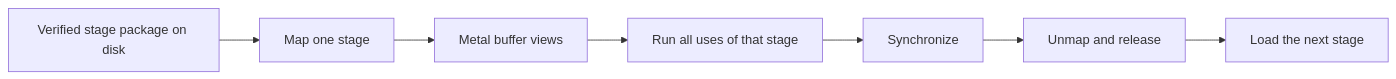
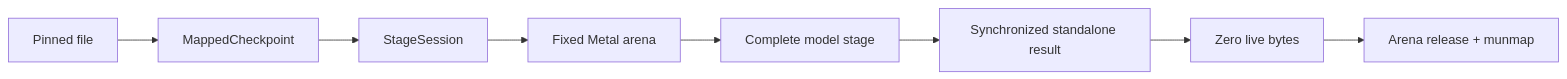
The diagram in docs/NATIVE_TRELLIS2_ARCHITECTURE.md (BedirT/KernelGoblin), drawn with Mermaid before and after one commit. The commit also changed other lines of this file and 3 other files, not shown here.

````diff
--- a/docs/NATIVE_TRELLIS2_ARCHITECTURE.md
+++ b/docs/NATIVE_TRELLIS2_ARCHITECTURE.md
@@ -65,9 +85,10 @@
 ```mermaid
 flowchart LR
-    A["Verified stage package on disk"] --> B["Map one stage"]
-    B --> C["Metal buffer views"]
-    C --> D["Run all uses of that stage"]
-    D --> E["Synchronize"]
-    E --> F["Unmap and release"]
-    F --> G["Load the next stage"]
+    A["Pinned file"] --> B["MappedCheckpoint"]
+    B --> C["StageSession"]
+    C --> D["Fixed Metal arena"]
+    D --> E["Complete model stage"]
+    E --> F["Synchronized standalone result"]
+    F --> G["Zero live bytes"]
+    G --> H["Arena release + munmap"]
 ```
````
